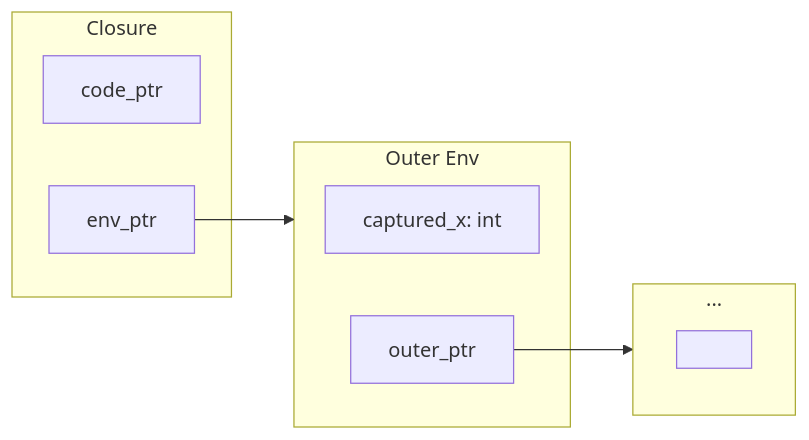
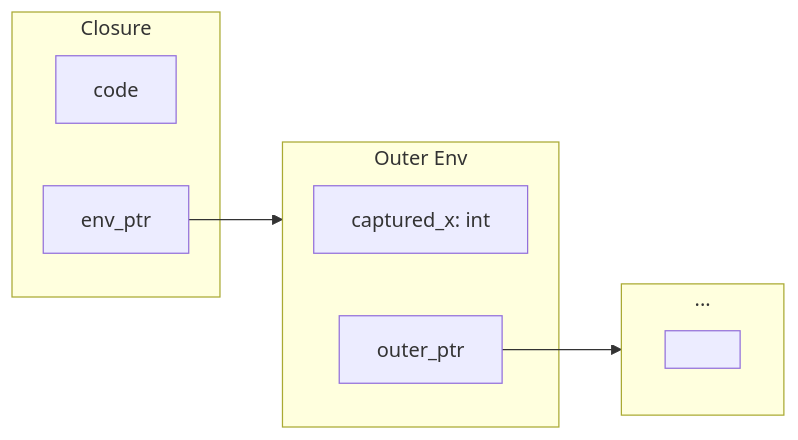
Before and after one commit to FidelityFramework/clef-lang-site: the first of 2 diagrams in hugo/content/docs/design/memory/gaining-closure.md, drawn with Mermaid. The commit also changed other lines of this file and 25 other files, not shown here.

````diff
--- a/hugo/content/docs/design/memory/gaining-closure.md
+++ b/hugo/content/docs/design/memory/gaining-closure.md
@@ -45,16 +45,16 @@
 ```mermaid
 flowchart LR
     subgraph Closure["Closure"]
-        CP1[code_ptr]
+        CP1[code]
         EP[env_ptr]
     end
     subgraph OuterEnv["Outer Env"]
         CX[captured_x: int]
         OP[outer_ptr]
     end
     subgraph More["..."]
         ETC[" "]
     end
     EP --> OuterEnv
     OP --> More
 ```
````
